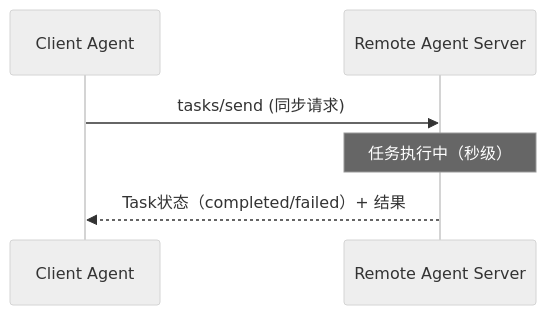
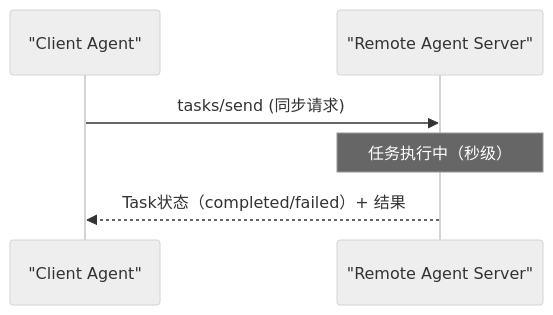
One commit to xinetzone/SpecWeave changed the second of 6 diagrams in docs/knowledge/learning/agent-communication-protocols/03-a2a.md. Above: the diagram before and after it, drawn with Mermaid (neutral theme). The commit also changed other lines of this file and 12 other files, not shown here.

First line of the commit message:
fix(mermaid): 修复所有Mermaid图中\\n字面显示问题

````diff
--- a/docs/knowledge/learning/agent-communication-protocols/03-a2a.md
+++ b/docs/knowledge/learning/agent-communication-protocols/03-a2a.md
@@ -312,8 +312,8 @@
 ```mermaid
 sequenceDiagram
-    participant C as Client Agent
-    participant S as Remote Agent Server
+    participant C as "Client Agent"
+    participant S as "Remote Agent Server"
     C->>S: tasks/send (同步请求)
     Note over S: 任务执行中（秒级）
     S-->>C: Task状态（completed/failed）+ 结果
 ```
````
